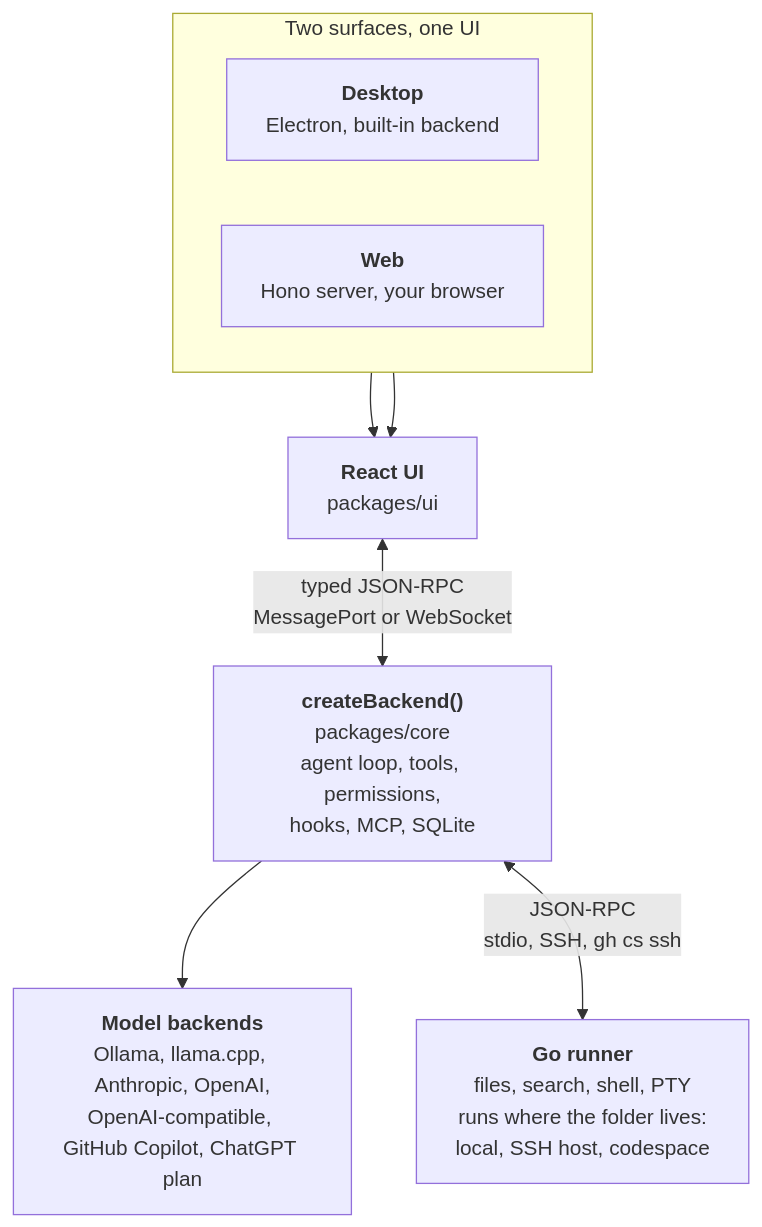
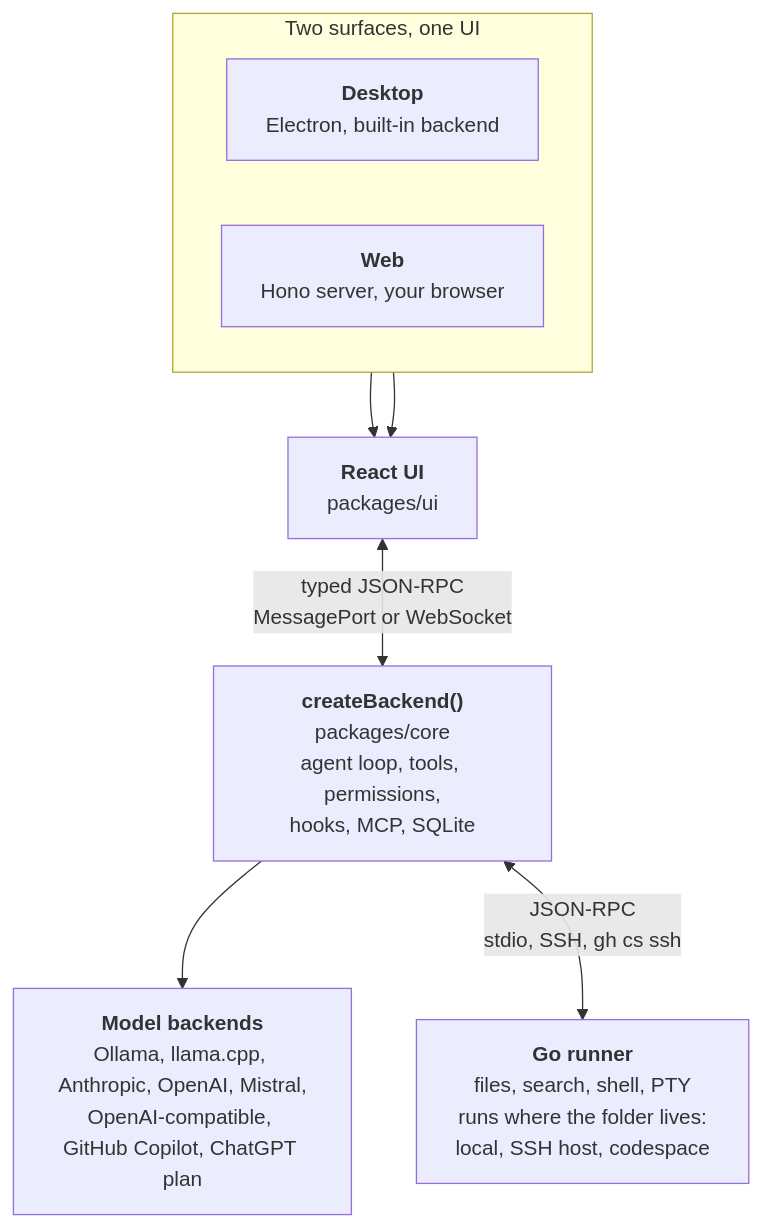
One commit to TheOriUHD/atelier changed the diagram in README.md. Above: the diagram before and after it, drawn with Mermaid. The commit also changed other lines of this file and 22 other files, not shown here.

First line of the commit message:
docs(mistral): Mistral and Mistral Vibe in the docs, README, site and architecture

````diff
--- a/README.md
+++ b/README.md
@@ -356,19 +358,19 @@
 ```mermaid
 flowchart TB
     subgraph surfaces["Two surfaces, one UI"]
         direction LR
         desktop["<b>Desktop</b><br/>Electron, built-in backend"]
         web["<b>Web</b><br/>Hono server, your browser"]
     end
 
     ui["<b>React UI</b><br/>packages/ui"]
     core["<b>createBackend()</b><br/>packages/core<br/>agent loop, tools, permissions,<br/>hooks, MCP, SQLite"]
-    models["<b>Model backends</b><br/>Ollama, llama.cpp, Anthropic, OpenAI,<br/>OpenAI-compatible, GitHub Copilot, ChatGPT plan"]
+    models["<b>Model backends</b><br/>Ollama, llama.cpp, Anthropic, OpenAI, Mistral,<br/>OpenAI-compatible, GitHub Copilot, ChatGPT plan"]
     runner["<b>Go runner</b><br/>files, search, shell, PTY<br/>runs where the folder lives:<br/>local, SSH host, codespace"]
 
     desktop --> ui
     web --> ui
     ui <-->|"typed JSON-RPC<br/>MessagePort or WebSocket"| core
     core --> models
     core <-->|"JSON-RPC<br/>stdio, SSH, gh cs ssh"| runner
 ```
````
